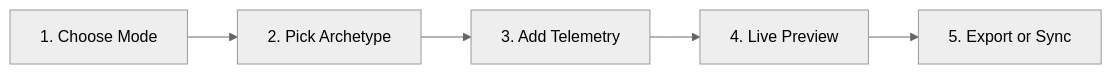
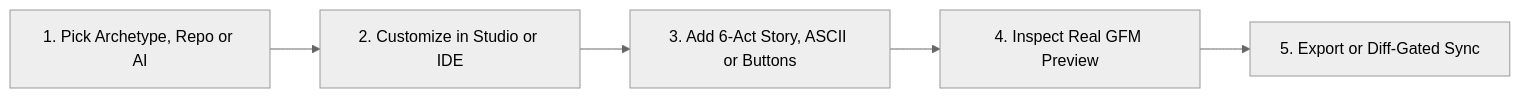
One commit to yuvraj-thakur-exe/MONOFORGE changed the first of 2 diagrams in README.md. Above: the diagram before and after it, drawn with Mermaid (neutral theme). The commit also changed other lines of this file and 21 other files, not shown here.

````diff
--- a/README.md
+++ b/README.md
@@ -373,7 +633,7 @@
 ```mermaid
 flowchart LR
-    Step1[1. Choose Mode] --> Step2[2. Pick Archetype]
-    Step2 --> Step3[3. Add Telemetry]
-    Step3 --> Step4[4. Live Preview]
-    Step4 --> Step5[5. Export or Sync]
+    Step1[1. Pick Archetype, Repo or AI] --> Step2[2. Customize in Studio or IDE]
+    Step2 --> Step3[3. Add 6-Act Story, ASCII or Buttons]
+    Step3 --> Step4[4. Inspect Real GFM Preview]
+    Step4 --> Step5[5. Export or Diff-Gated Sync]
 ```
````
